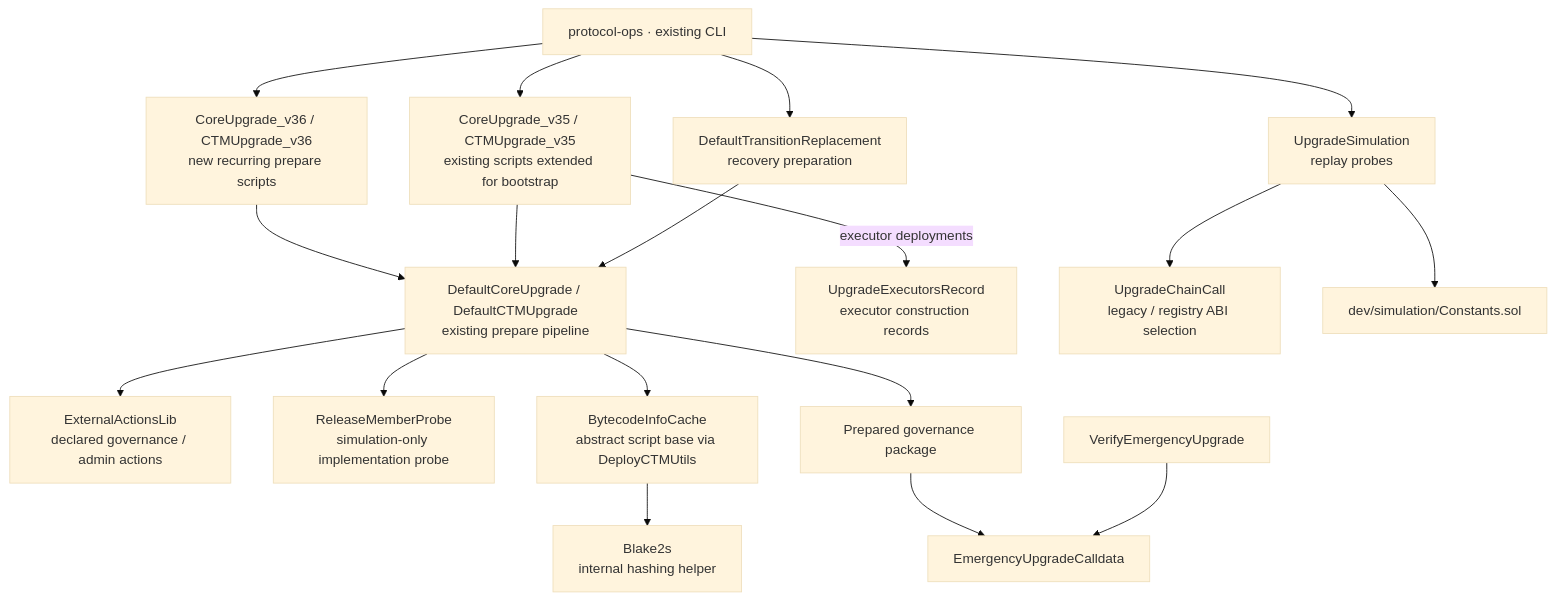
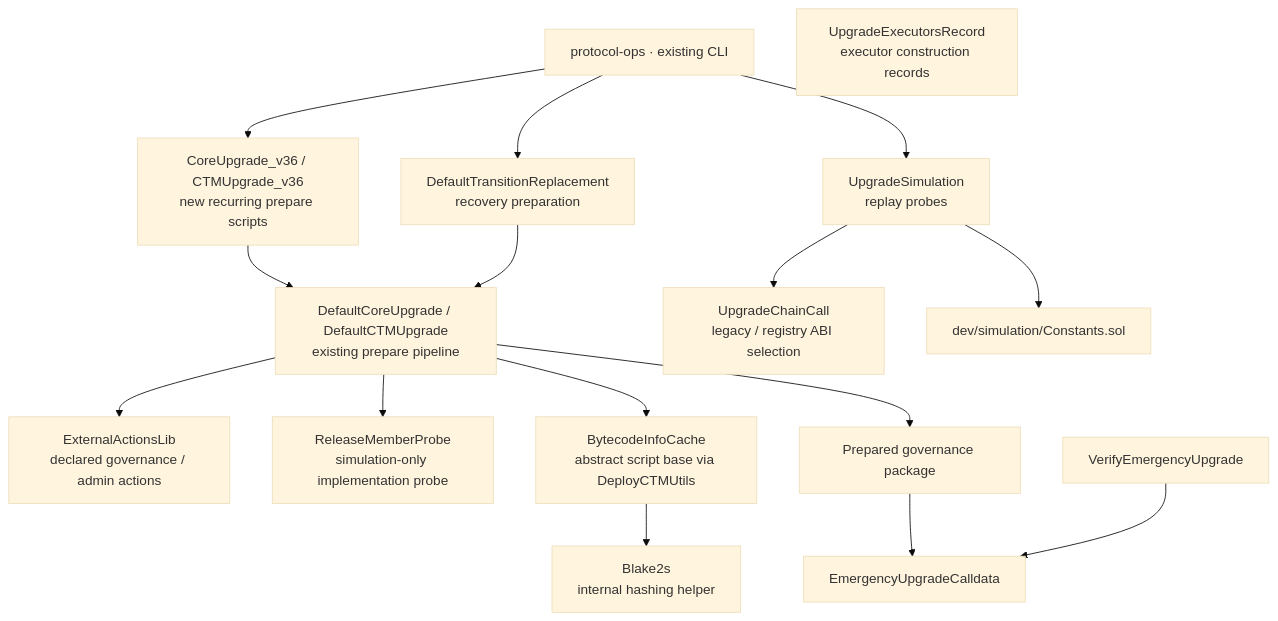
Before and after one commit to matter-labs/era-contracts: the fourth of 4 diagrams in README.md, drawn with Mermaid (base theme). The commit also changed 32 other files, not shown here.

````diff
--- a/README.md
+++ b/README.md
@@ -185,36 +185,32 @@
 ```mermaid
 flowchart TB
     OPS["protocol-ops · existing CLI"]
     PREP["CoreUpgrade_v36 / CTMUpgrade_v36<br/>new recurring prepare scripts"]
-    V35["CoreUpgrade_v35 / CTMUpgrade_v35<br/>existing scripts extended for bootstrap"]
     BASE["DefaultCoreUpgrade / DefaultCTMUpgrade<br/>existing prepare pipeline"]
     REPLACE["DefaultTransitionReplacement<br/>recovery preparation"]
     ACTIONS["ExternalActionsLib<br/>declared governance / admin actions"]
     PROBE["ReleaseMemberProbe<br/>simulation-only implementation probe"]
     RECORD["UpgradeExecutorsRecord<br/>executor construction records"]
     CACHE["BytecodeInfoCache<br/>abstract script base via DeployCTMUtils"]
     BLAKE["Blake2s<br/>internal hashing helper"]
     SIM["UpgradeSimulation<br/>replay probes"]
     CALL["UpgradeChainCall<br/>legacy / registry ABI selection"]
     CONST["dev/simulation/Constants.sol"]
     EMERG["EmergencyUpgradeCalldata"]
     VERIFY["VerifyEmergencyUpgrade"]
     PACKAGE["Prepared governance package"]
     OPS --> PREP
-    OPS --> V35
     OPS --> REPLACE
     PREP --> BASE
-    V35 --> BASE
     REPLACE --> BASE
     BASE --> ACTIONS
     BASE --> PROBE
     BASE --> CACHE
-    V35 -->|"executor deployments"| RECORD
     CACHE --> BLAKE
     BASE --> PACKAGE
     OPS --> SIM
     SIM --> CALL
     SIM --> CONST
     PACKAGE --> EMERG
     VERIFY --> EMERG
 ```
````
